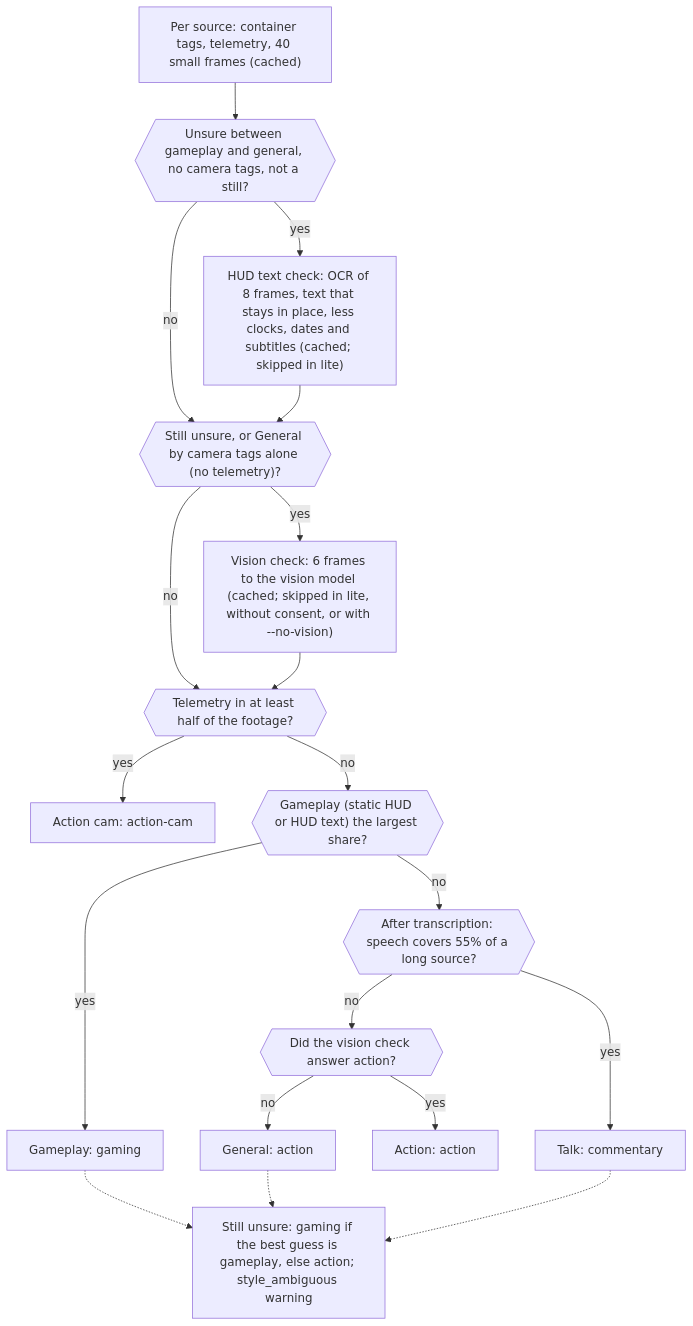
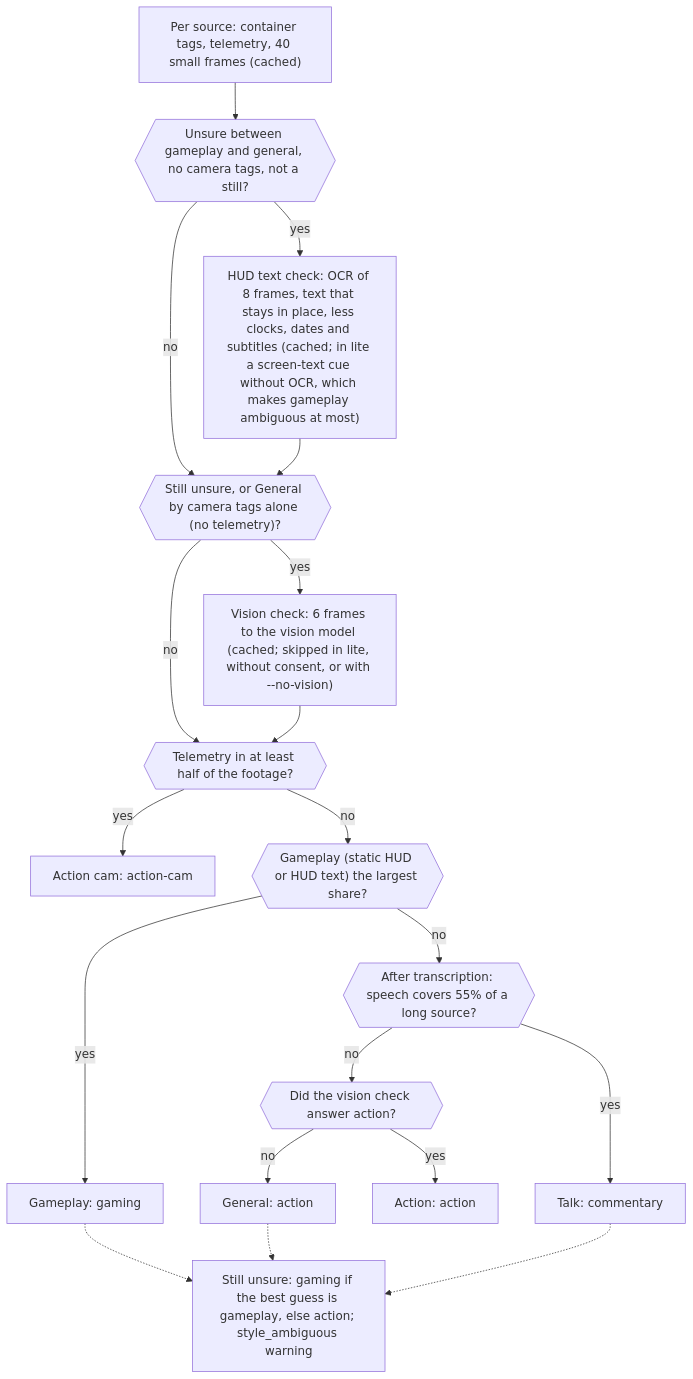
One commit to FerventOrange/cutpoint changed the third of 3 diagrams in docs/pipeline.md. Above: the diagram before and after it, drawn with Mermaid. The commit also changed 5 other files, not shown here.

First line of the commit message:
feat/detect : a screen-text cue for unsure sources in Cutpoint lite (#904)

````diff
--- a/docs/pipeline.md
+++ b/docs/pipeline.md
@@ -101,24 +101,24 @@
 ```mermaid
 flowchart TD
     P["Per source: container tags, telemetry, 40 small frames (cached)"]
     P --> U{{"Unsure between gameplay and general, no camera tags, not a still?"}}
-    U -->|yes| OCR["HUD text check: OCR of 8 frames, text that stays in place, less clocks, dates and subtitles (cached; skipped in lite)"]
+    U -->|yes| OCR["HUD text check: OCR of 8 frames, text that stays in place, less clocks, dates and subtitles (cached; in lite a screen-text cue without OCR, which makes gameplay ambiguous at most)"]
     U -->|no| V
     OCR --> V{{"Still unsure, or General by camera tags alone (no telemetry)?"}}
     V -->|yes| VIS["Vision check: 6 frames to the vision model (cached; skipped in lite, without consent, or with --no-vision)"]
     V -->|no| T
     VIS --> T
     T{{"Telemetry in at least half of the footage?"}}
     T -->|yes| AC["Action cam: action-cam"]
     T -->|no| G{{"Gameplay (static HUD or HUD text) the largest share?"}}
     G -->|yes| GP["Gameplay: gaming"]
     G -->|no| S{{"After transcription: speech covers 55% of a long source?"}}
     S -->|yes| TK["Talk: commentary"]
     S -->|no| AX{{"Did the vision check answer action?"}}
     AX -->|yes| ACT["Action: action"]
     AX -->|no| GE["General: action"]
     AMB["Still unsure: gaming if the best guess is gameplay, else action; style_ambiguous warning"]
     GP -.-> AMB
     GE -.-> AMB
     TK -.-> AMB
 ```
````
